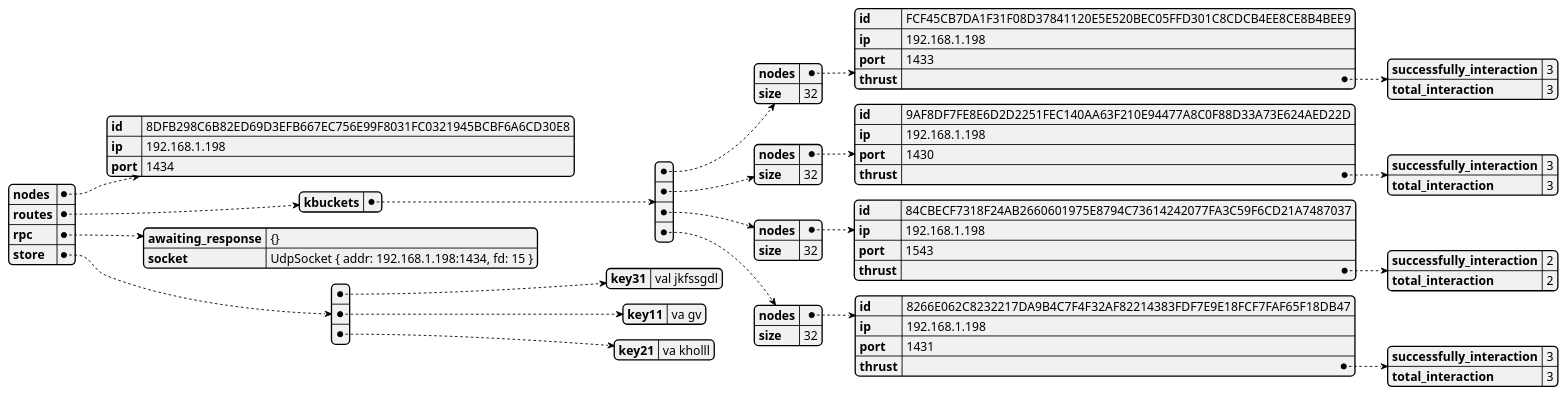
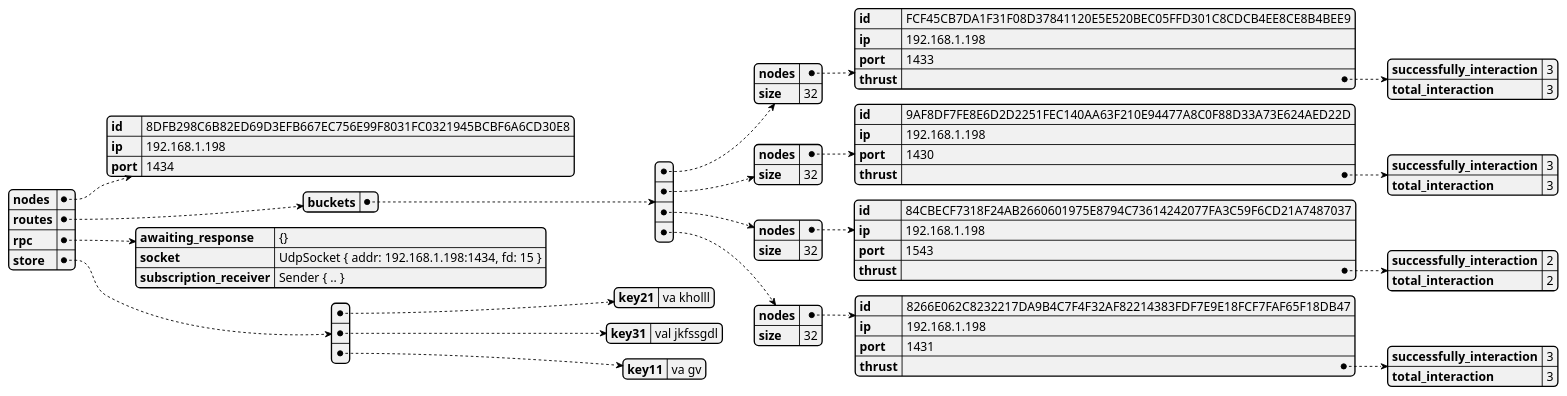
Before and after one commit to GoliathHagar/distributed_legder_kademlia: the diagram in src/distributed_legder/state_dumps/test-contact-4.json.plantuml, drawn with PlantUML. The commit also changed 27 other files, not shown here.

```diff
--- a/src/distributed_legder/state_dumps/test-contact-4.json.plantuml
+++ b/src/distributed_legder/state_dumps/test-contact-4.json.plantuml
@@ -1,3 +1,3 @@
 @startjson
-{"nodes":{"id":"8DFB298C6B82ED69D3EFB667EC756E99F8031FC0321945BCBF6A6CD30E8","ip":"192.168.1.198","port":1434},"routes":{"kbuckets":[{"nodes":{"id":"FCF45CB7DA1F31F08D37841120E5E520BEC05FFD301C8CDCB4EE8CE8B4BEE9","ip":"192.168.1.198","port":1433,"thrust":{"successfully_interaction":3,"total_interaction":3}},"size":32},{"nodes":{"id":"9AF8DF7FE8E6D2D2251FEC140AA63F210E94477A8C0F88D33A73E624AED22D","ip":"192.168.1.198","port":1430,"thrust":{"successfully_interaction":3,"total_interaction":3}},"size":32},{"nodes":{"id":"84CBECF7318F24AB2660601975E8794C73614242077FA3C59F6CD21A7487037","ip":"192.168.1.198","port":1543,"thrust":{"successfully_interaction":2,"total_interaction":2}},"size":32},{"nodes":{"id":"8266E062C8232217DA9B4C7F4F32AF82214383FDF7E9E18FCF7FAF65F18DB47","ip":"192.168.1.198","port":1431,"thrust":{"successfully_interaction":3,"total_interaction":3}},"size":32}]},"rpc":{"awaiting_response":"{}","socket":"UdpSocket { addr: 192.168.1.198:1434, fd: 15 }"},"store":[{"key31":"val jkfssgdl"},{"key11":"va gv"},{"key21":"va kholll"}]}
+{"nodes":{"id":"8DFB298C6B82ED69D3EFB667EC756E99F8031FC0321945BCBF6A6CD30E8","ip":"192.168.1.198","port":1434},"routes":{"buckets":[{"nodes":{"id":"FCF45CB7DA1F31F08D37841120E5E520BEC05FFD301C8CDCB4EE8CE8B4BEE9","ip":"192.168.1.198","port":1433,"thrust":{"successfully_interaction":3,"total_interaction":3}},"size":32},{"nodes":{"id":"9AF8DF7FE8E6D2D2251FEC140AA63F210E94477A8C0F88D33A73E624AED22D","ip":"192.168.1.198","port":1430,"thrust":{"successfully_interaction":3,"total_interaction":3}},"size":32},{"nodes":{"id":"84CBECF7318F24AB2660601975E8794C73614242077FA3C59F6CD21A7487037","ip":"192.168.1.198","port":1543,"thrust":{"successfully_interaction":2,"total_interaction":2}},"size":32},{"nodes":{"id":"8266E062C8232217DA9B4C7F4F32AF82214383FDF7E9E18FCF7FAF65F18DB47","ip":"192.168.1.198","port":1431,"thrust":{"successfully_interaction":3,"total_interaction":3}},"size":32}]},"rpc":{"awaiting_response":"{}","socket":"UdpSocket { addr: 192.168.1.198:1434, fd: 15 }","subscription_receiver":"Sender { .. }"},"store":[{"key21":"va kholll"},{"key31":"val jkfssgdl"},{"key11":"va gv"}]}
 @endjson
```
